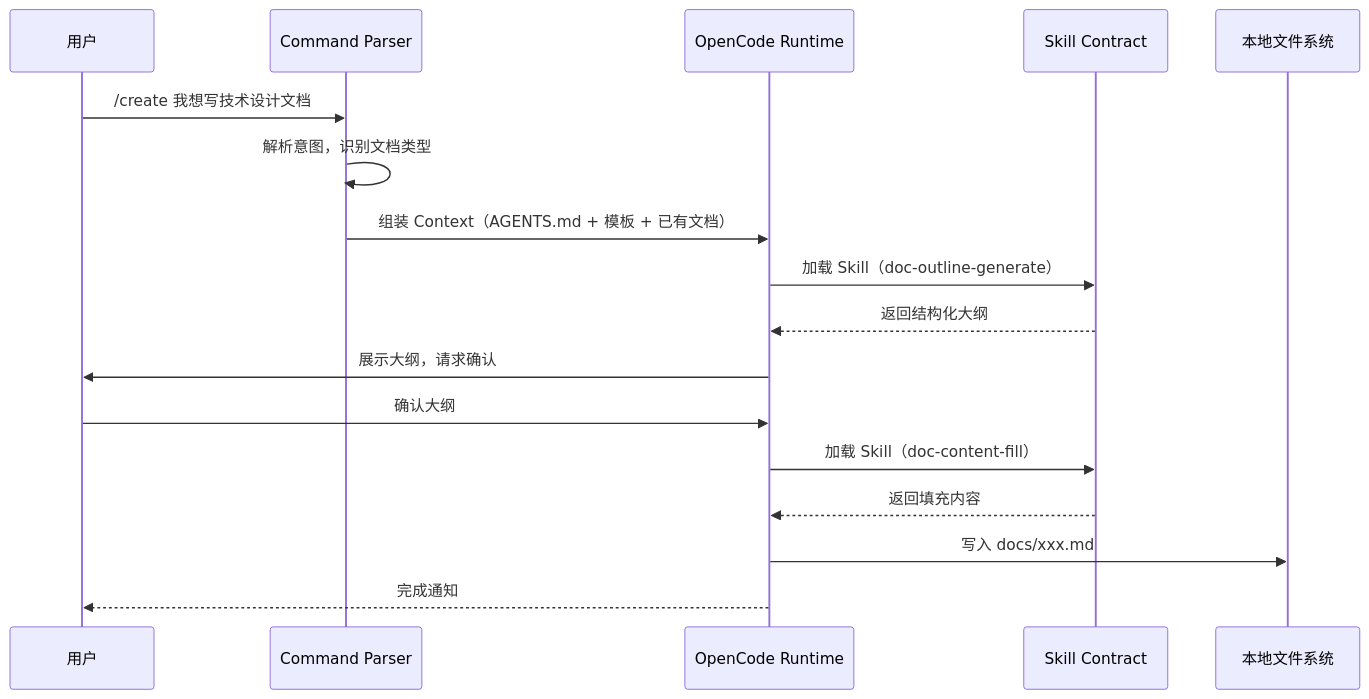
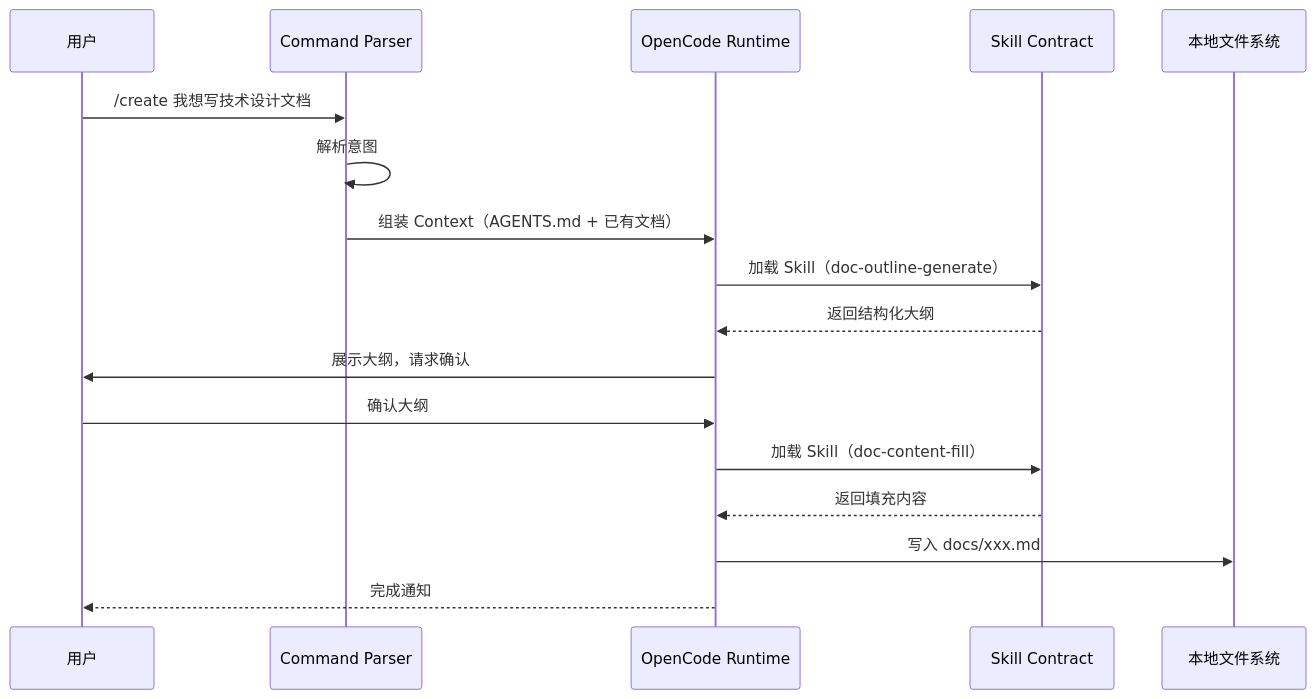
The diagram in docs/maedoc/data-flow.md (maxiee/MaeDoc), drawn with Mermaid before and after one commit. The commit also changed other lines of this file and 13 other files, not shown here.

````diff
--- a/docs/maedoc/data-flow.md
+++ b/docs/maedoc/data-flow.md
@@ -10,20 +10,20 @@
 ```mermaid
 sequenceDiagram
     participant U as 用户
     participant C as Command Parser
     participant R as OpenCode Runtime
     participant S as Skill Contract
     participant F as 本地文件系统
 
     U->>C: /create 我想写技术设计文档
-    C->>C: 解析意图，识别文档类型
-    C->>R: 组装 Context（AGENTS.md + 模板 + 已有文档）
+    C->>C: 解析意图
+    C->>R: 组装 Context（AGENTS.md + 已有文档）
     R->>S: 加载 Skill（doc-outline-generate）
     S-->>R: 返回结构化大纲
     R->>U: 展示大纲，请求确认
     U->>R: 确认大纲
     R->>S: 加载 Skill（doc-content-fill）
     S-->>R: 返回填充内容
     R->>F: 写入 docs/xxx.md
     R-->>U: 完成通知
 ```
````
